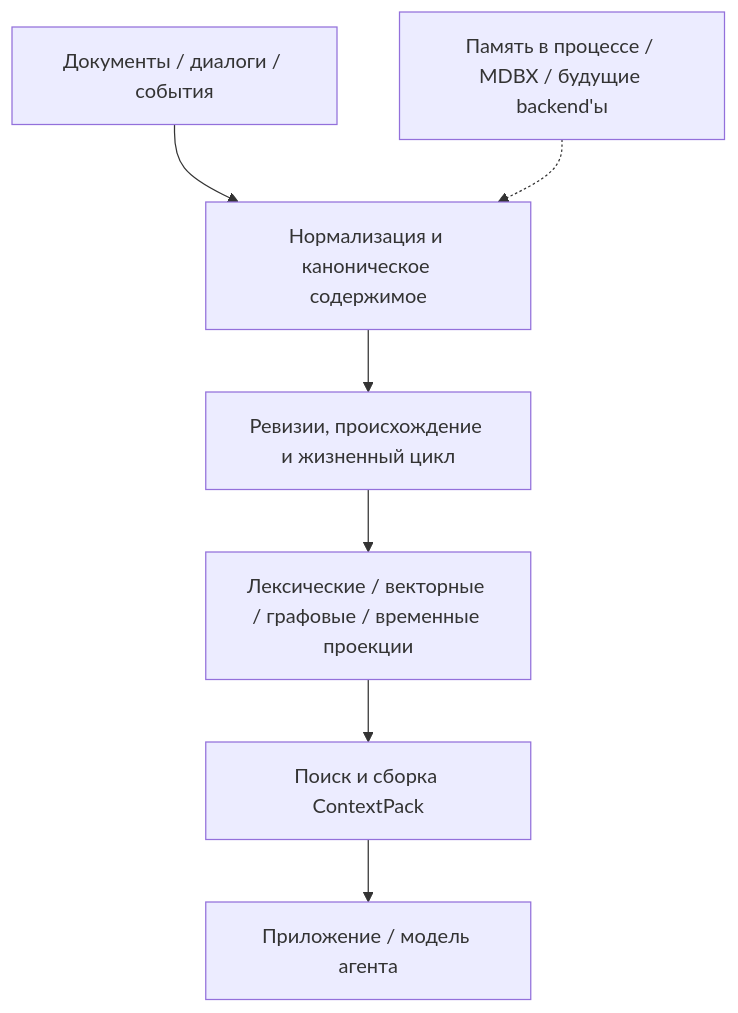
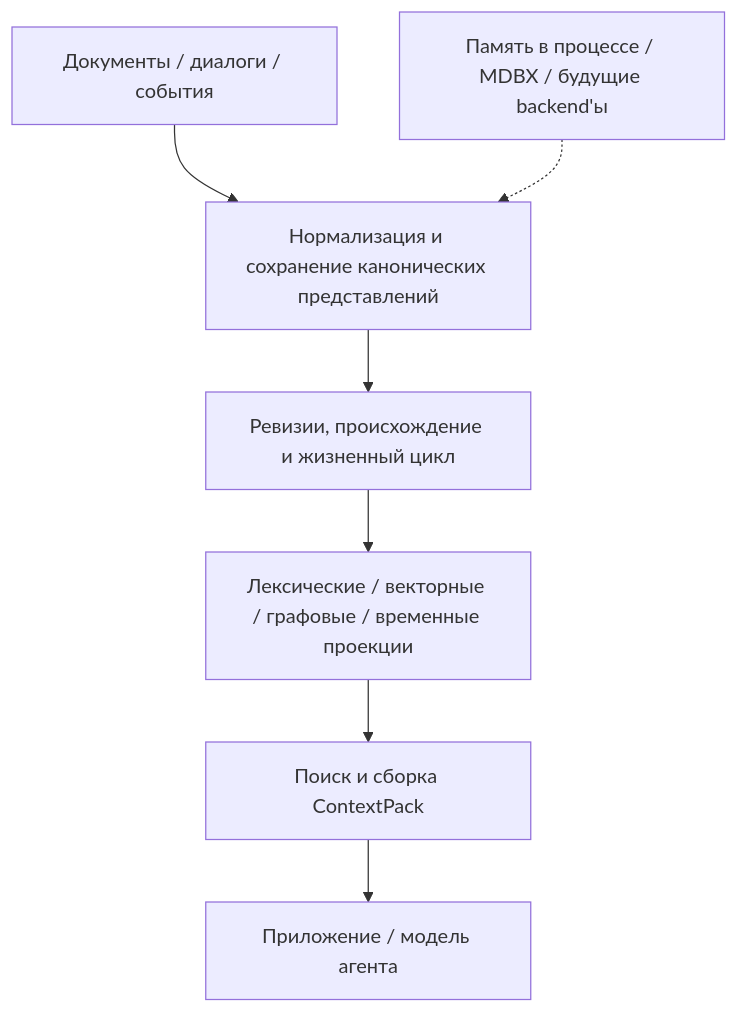
One commit to LimiNode/agent-memory-cpp changed the diagram in README-RU.md. Above: the diagram before and after it, drawn with Mermaid. The commit also changed other lines of this file and 5 other files, not shown here.

```diff
--- a/README-RU.md
+++ b/README-RU.md
@@ -44,9 +44,9 @@
 ~~~mermaid
 flowchart TD
-    S["Документы / диалоги / события"] --> C["Нормализация и каноническое содержимое"]
+    S["Документы / диалоги / события"] --> C["Нормализация и сохранение канонических представлений"]
     C --> P["Ревизии, происхождение и жизненный цикл"]
     P --> I["Лексические / векторные / графовые / временные проекции"]
     I --> R["Поиск и сборка ContextPack"]
     R --> A["Приложение / модель агента"]
     B["Память в процессе / MDBX / будущие backend'ы"] -.-> C
 ~~~
```
